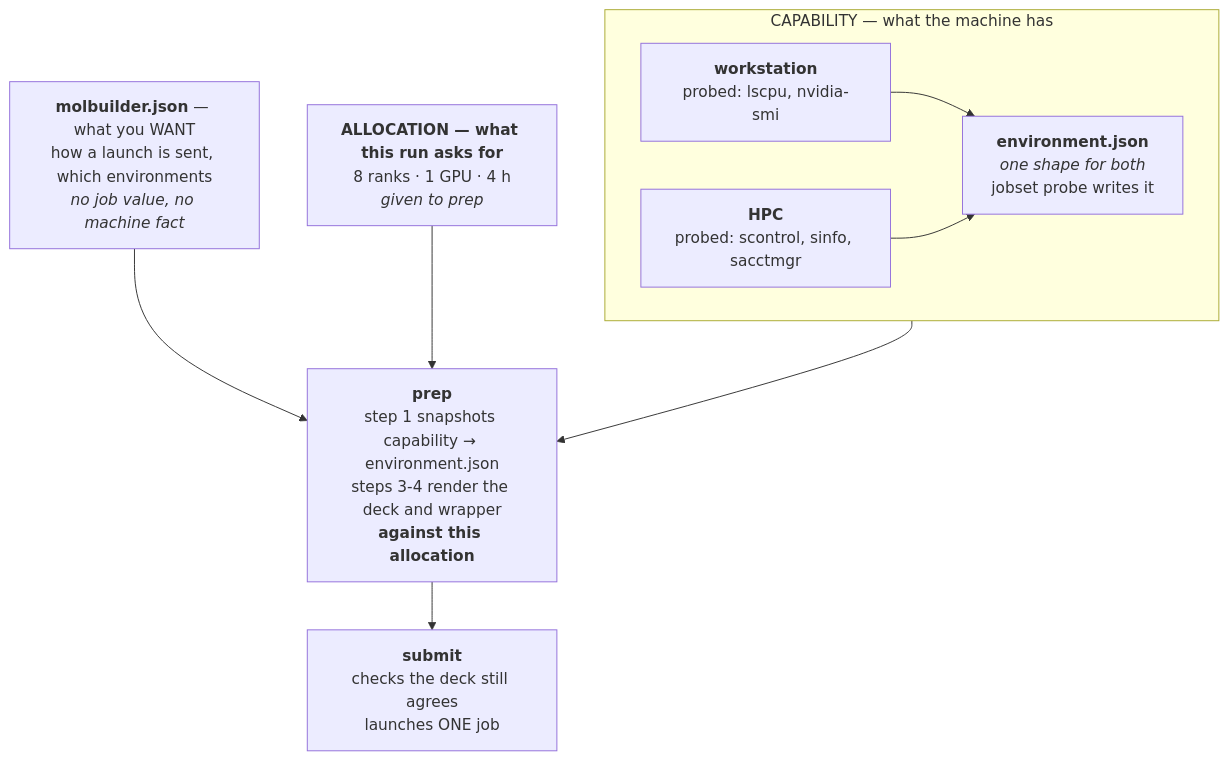
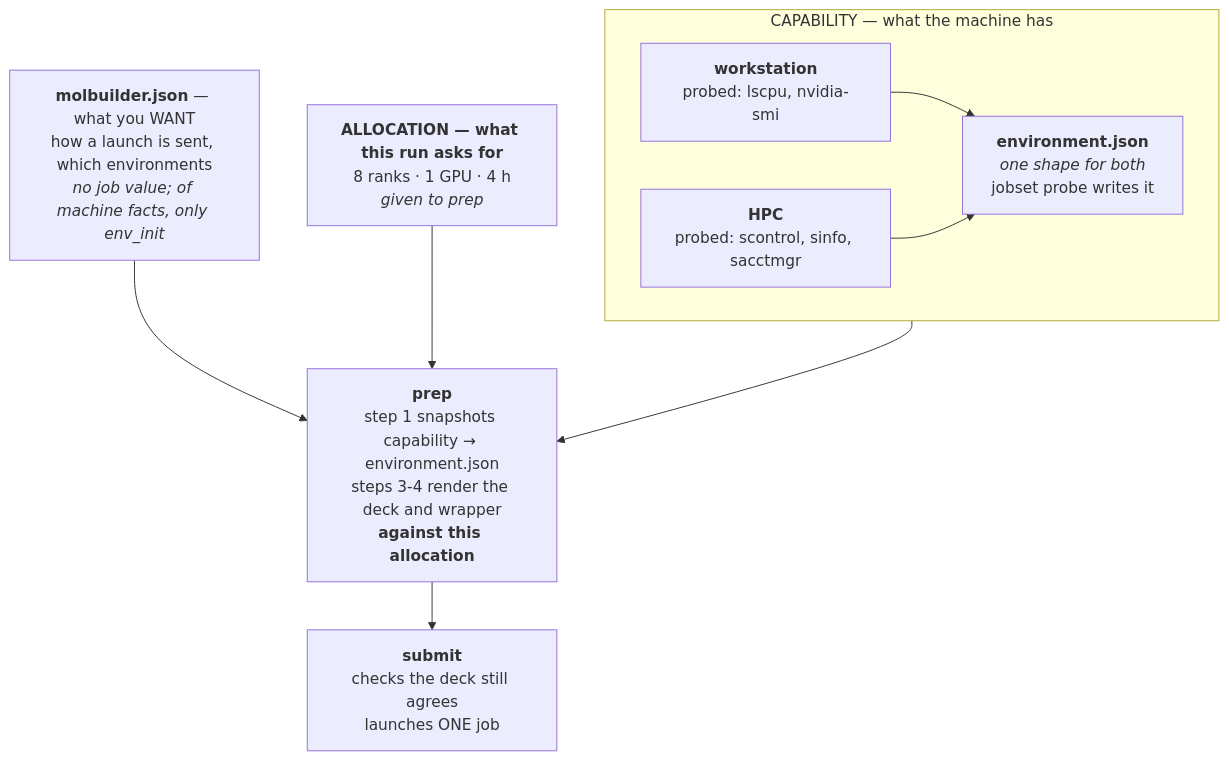
Before and after one commit to Qing-LAB/molbuilder: the seventh of 10 diagrams in docs/execution/project-layout.md, drawn with Mermaid. The commit also changed other lines of this file and 37 other files, not shown here.

````diff
--- a/docs/execution/project-layout.md
+++ b/docs/execution/project-layout.md
@@ -1225,19 +1226,19 @@
 ```mermaid
 flowchart TB
     subgraph cap["CAPABILITY — what the machine has"]
       direction LR
       W["<b>workstation</b><br/>probed: lscpu, nvidia-smi"]
       H["<b>HPC</b><br/>probed: scontrol, sinfo, sacctmgr"]
       E["<b>environment.json</b><br/><i>one shape for both</i><br/>jobset probe writes it"]
       W --> E
       H --> E
     end
-    C["<b>molbuilder.json</b> — what you WANT<br/>how a launch is sent, which environments<br/><i>no job value, no machine fact</i>"]
+    C["<b>molbuilder.json</b> — what you WANT<br/>how a launch is sent, which environments<br/><i>no job value; of machine facts, only env_init</i>"]
     A["<b>ALLOCATION — what this run asks for</b><br/>8 ranks · 1 GPU · 4 h<br/><i>given to prep</i>"]
     P["<b>prep</b><br/>step 1 snapshots capability → environment.json<br/>steps 3-4 render the deck and wrapper<br/><b>against this allocation</b>"]
     S["<b>submit</b><br/>checks the deck still agrees<br/>launches ONE job"]
     cap --> P
     C --> P
     A --> P
     P --> S
 ```
````
